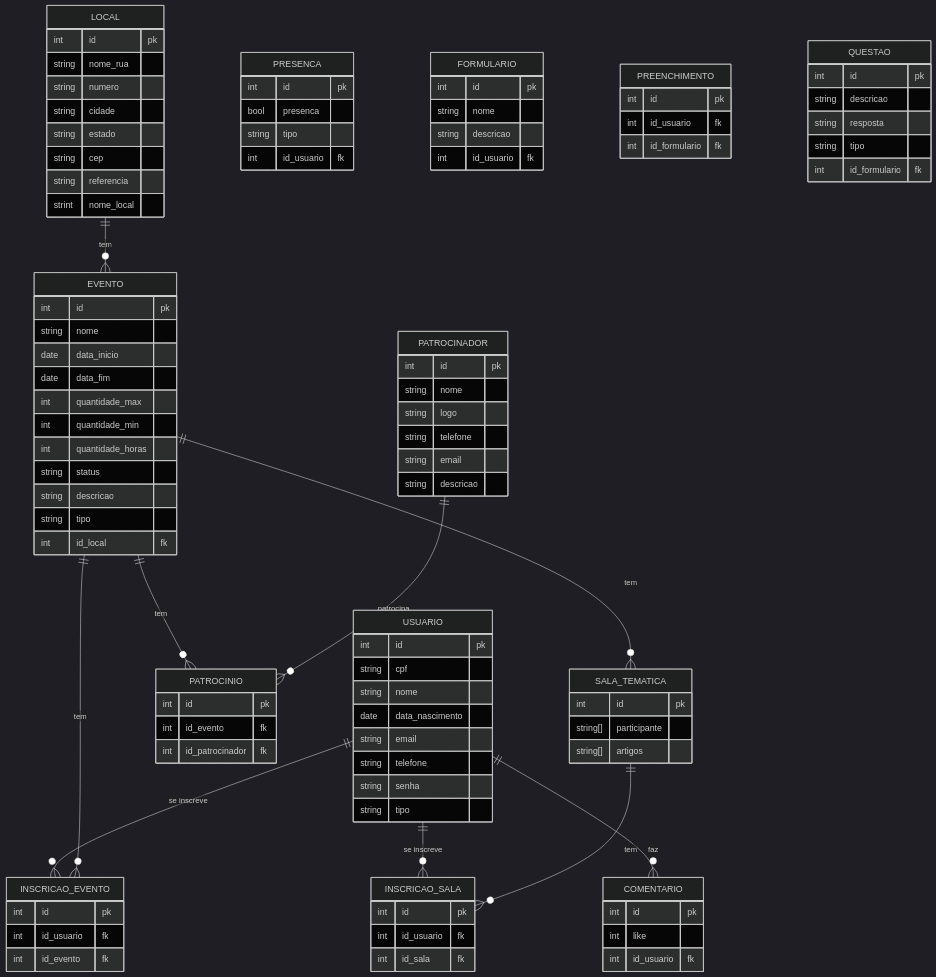
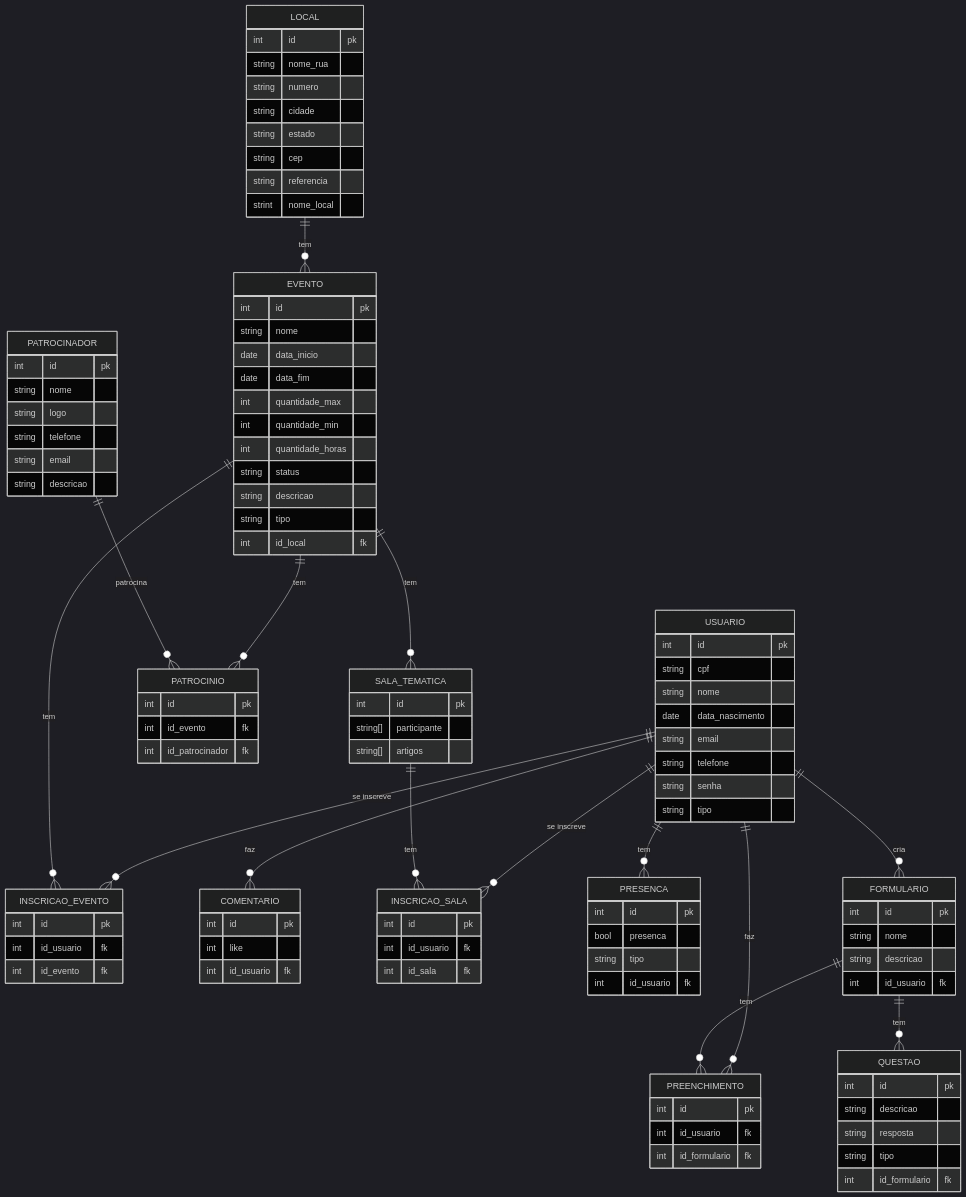
Before and after one commit to tallysdev/eventSync: the diagram in docs/doc-visao.md, drawn with Mermaid (dark theme).

Commit message:
docs: add relacionamentos no modelo ER #32

````diff
--- a/docs/doc-visao.md
+++ b/docs/doc-visao.md
@@ -235,4 +235,14 @@
 
     EVENTO ||--o{ SALA_TEMATICA : "tem"
 
+    USUARIO ||--o{ PRESENCA : "tem"
+
+    USUARIO ||--o{ FORMULARIO : "cria"
+
+    USUARIO ||--o{ PREENCHIMENTO : "faz"
+
+    FORMULARIO ||--o{ PREENCHIMENTO : "tem"
+
+    FORMULARIO ||--o{ QUESTAO : "tem"
+
 ```
````
